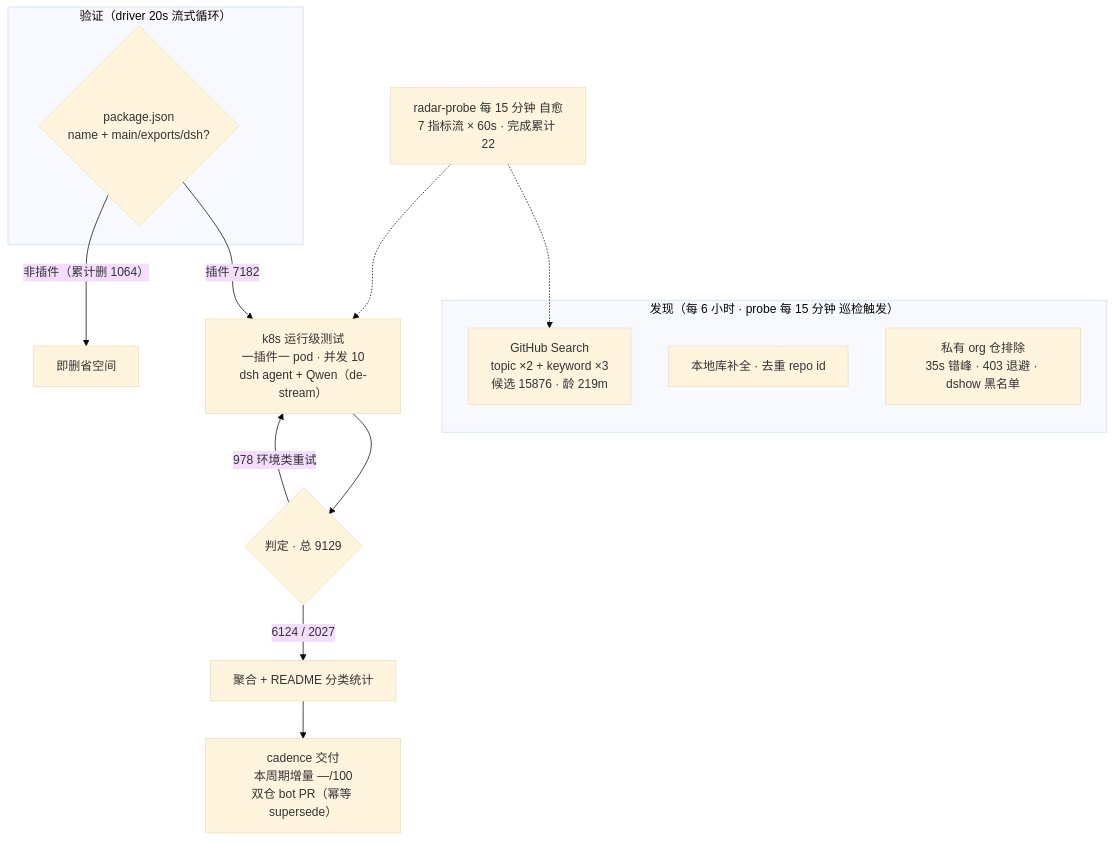
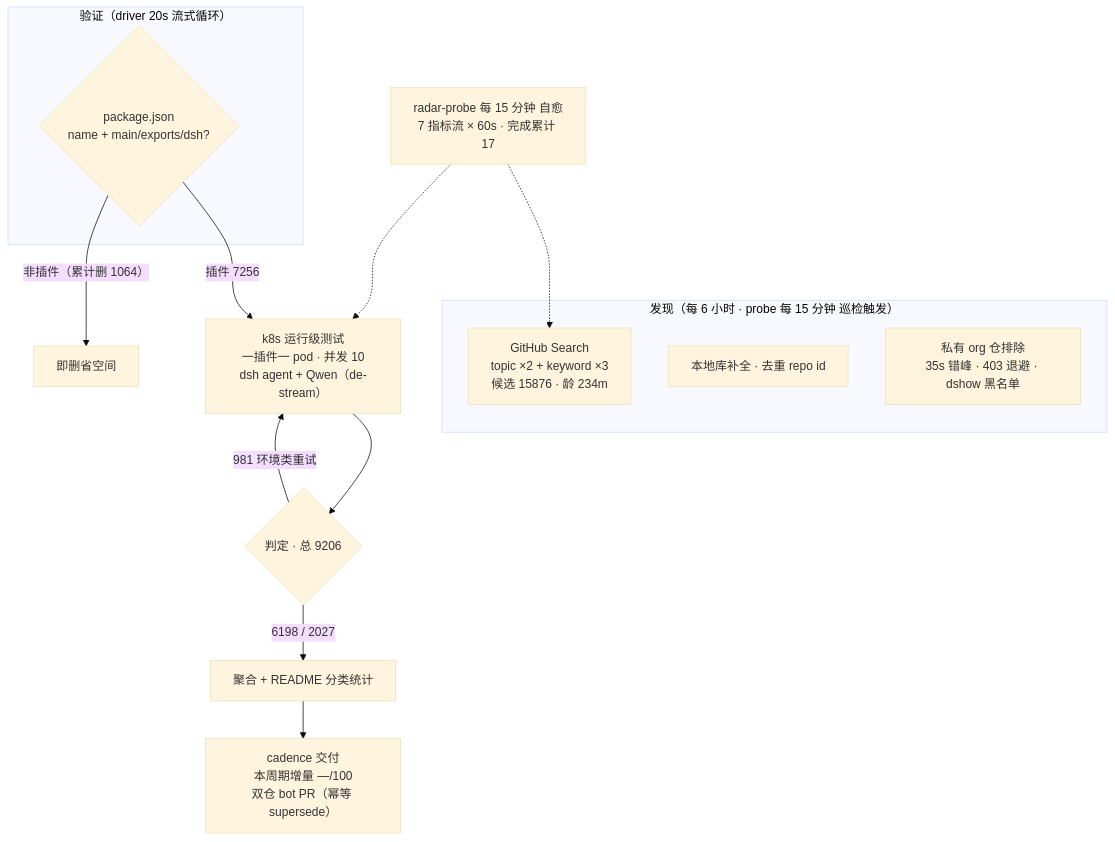
Before and after one commit to Zhidao-Lab-OSS/awesome-dsh-plugins: the diagram in README.md, drawn with Mermaid (base theme). The commit also changed other lines of this file and 1 other file, not shown here.

````diff
--- a/README.md
+++ b/README.md
@@ -37,20 +37,20 @@
 ```mermaid
 flowchart TB
     subgraph Discovery["发现（每 6 小时 · probe 每 15 分钟 巡检触发）"]
-        A1["GitHub Search<br/>topic ×2 + keyword ×3<br/>候选 15876 · 龄 219m"]
+        A1["GitHub Search<br/>topic ×2 + keyword ×3<br/>候选 15876 · 龄 234m"]
         A2["本地库补全 · 去重 repo id"]
         A3["私有 org 仓排除<br/>35s 错峰 · 403 退避 · dshow 黑名单"]
     end
     subgraph Validation["验证（driver 20s 流式循环）"]
         B1{"package.json<br/>name + main/exports/dsh?"}
     end
-    B1 -->|"插件 7182"| C1["k8s 运行级测试<br/>一插件一 pod · 并发 10<br/>dsh agent + Qwen（de-stream）"]
+    B1 -->|"插件 7256"| C1["k8s 运行级测试<br/>一插件一 pod · 并发 10<br/>dsh agent + Qwen（de-stream）"]
     B1 -->|"非插件（累计删 1064）"| B3["即删省空间"]
-    C1 --> D1{"判定 · 总 9129"}
-    D1 -->|"6124 / 2027"| E1["聚合 + README 分类统计"]
-    D1 -->|"978 环境类重试"| C1
+    C1 --> D1{"判定 · 总 9206"}
+    D1 -->|"6198 / 2027"| E1["聚合 + README 分类统计"]
+    D1 -->|"981 环境类重试"| C1
     E1 --> E2["cadence 交付<br/>本周期增量 —/100<br/>双仓 bot PR（幂等 supersede）"]
-    M["radar-probe 每 15 分钟 自愈<br/>7 指标流 × 60s · 完成累计 22"]
+    M["radar-probe 每 15 分钟 自愈<br/>7 指标流 × 60s · 完成累计 17"]
     M -.-> A1
     M -.-> C1
 ```
````
